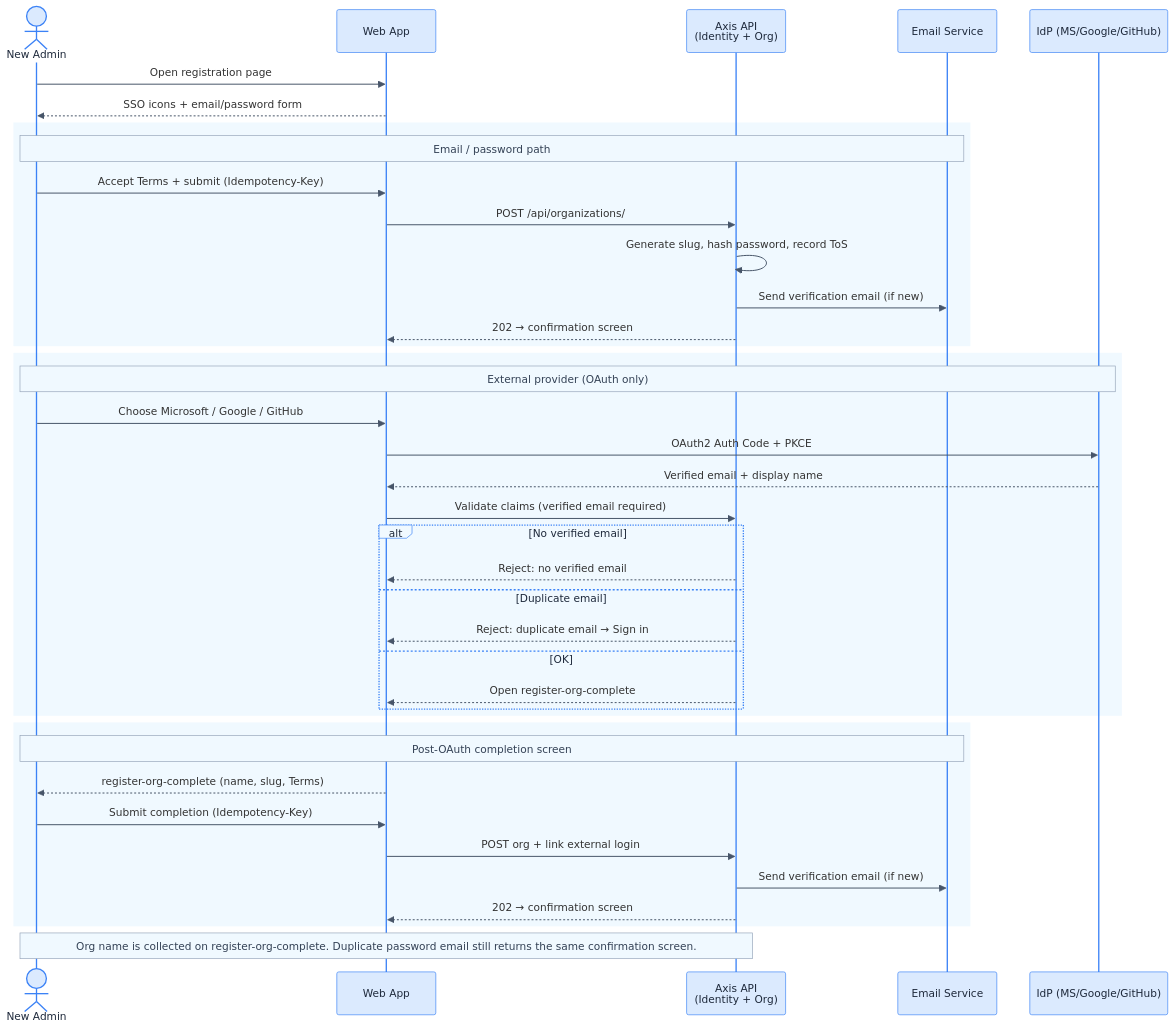
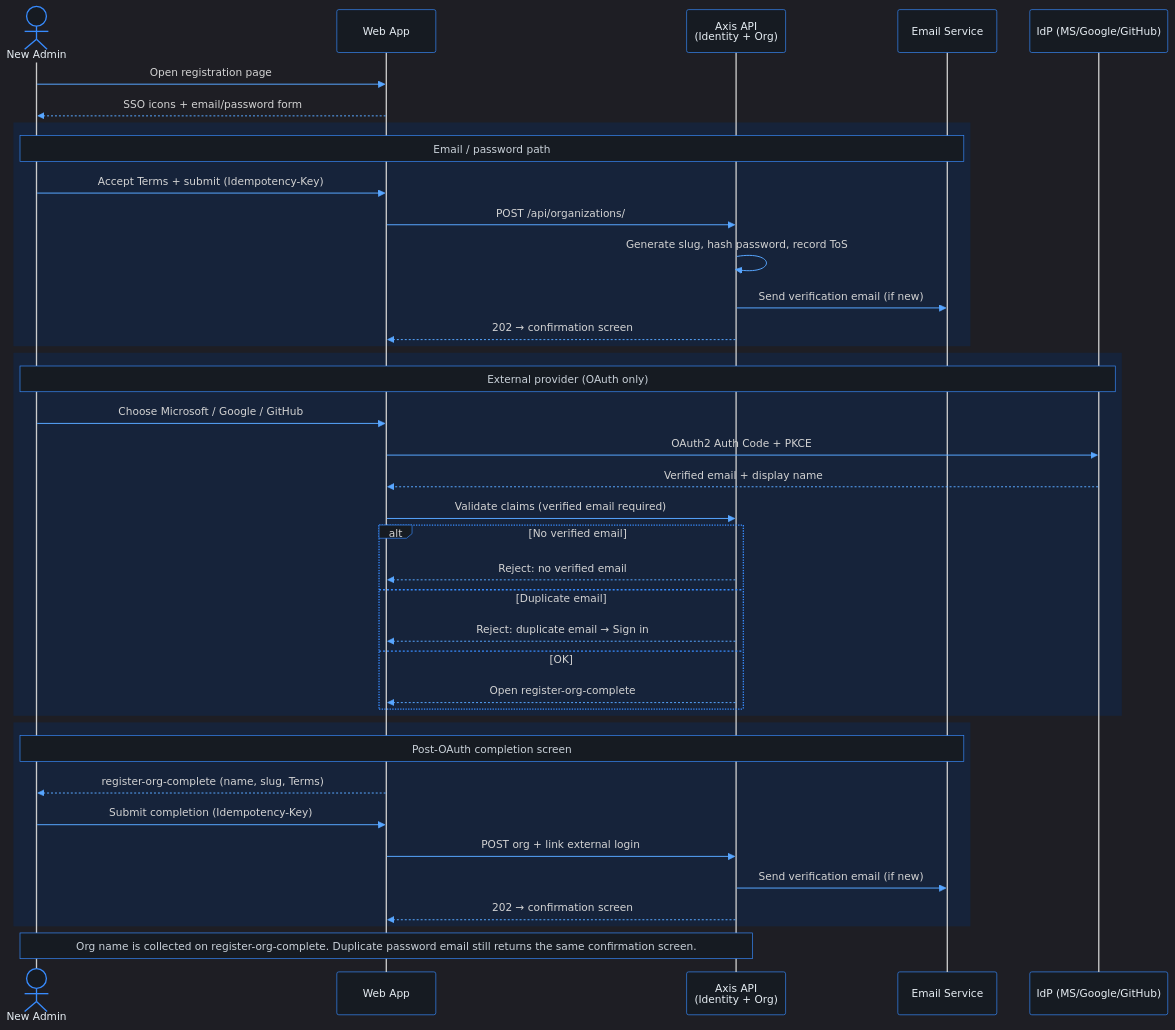
One commit to phuongnse/axis changed the second of 3 diagrams in docs/use-cases/platform-foundation/register-org/README.md. Above: the diagram before and after it, drawn with Mermaid. The commit also changed other lines of this file and 14 other files, not shown here.

Commit message:
docs: standardize Mermaid dark theme across all diagrams

````diff
--- a/docs/use-cases/platform-foundation/register-org/README.md
+++ b/docs/use-cases/platform-foundation/register-org/README.md
@@ -162,47 +163,48 @@
 ```mermaid
-%%{init: {'theme':'base','themeVariables':{'background':'#f8fafc','mainBkg':'#f8fafc','actorBkg':'#dbeafe','actorBorder':'#3b82f6','actorTextColor':'#1e293b','signalColor':'#475569','labelBoxBkgColor':'#f0f9ff','labelBoxBorderColor':'#3b82f6','noteBkgColor':'#f0f9ff','noteBorderColor':'#94a3b8','noteTextColor':'#334155','activationBkgColor':'#e2e8f0','secondaryColor':'#f0f9ff','lineColor':'#475569'}}}%%
+%%{init: {'theme':'dark','themeVariables':{'background':'#0d1117','mainBkg':'#0d1117','primaryColor':'#161b22','primaryBorderColor':'#388bfd','primaryTextColor':'#e6edf3','secondaryColor':'#21262d','secondaryBorderColor':'#388bfd','secondaryTextColor':'#e6edf3','tertiaryColor':'#161b22','tertiaryTextColor':'#e6edf3','lineColor':'#58a6ff','textColor':'#e6edf3','nodeBorder':'#388bfd','clusterBkg':'#161b22','clusterBorder':'#388bfd','titleColor':'#e6edf3','edgeLabelBackground':'#161b22','actorBkg':'#161b22','actorBorder':'#388bfd','actorTextColor':'#e6edf3','signalColor':'#58a6ff','labelBoxBkgColor':'#161b22','labelBoxBorderColor':'#388bfd','noteBkgColor':'#161b22','noteBorderColor':'#388bfd','noteTextColor':'#c9d1d9','activationBkgColor':'#30363d'}}}%%
+
 sequenceDiagram
   actor Admin as New Admin
   participant Web as Web App
   participant API as Axis API<br/>(Identity + Org)
   participant Email as Email Service
   participant IdP as IdP (MS/Google/GitHub)
 
   Admin->>Web: Open registration page
   Web-->>Admin: SSO icons + email/password form
 
-  rect rgb(240, 249, 255)
+  rect rgb(22, 35, 58)
     Note over Admin,Email: Email / password path
     Admin->>Web: Accept Terms + submit (Idempotency-Key)
     Web->>API: POST /api/organizations/
     API->>API: Generate slug, hash password, record ToS
     API->>Email: Send verification email (if new)
     API-->>Web: 202 → confirmation screen
   end
 
-  rect rgb(240, 249, 255)
+  rect rgb(22, 35, 58)
     Note over Admin,IdP: External provider (OAuth only)
     Admin->>Web: Choose Microsoft / Google / GitHub
     Web->>IdP: OAuth2 Auth Code + PKCE
     IdP-->>Web: Verified email + display name
     Web->>API: Validate claims (verified email required)
     alt No verified email
       API-->>Web: Reject: no verified email
     else Duplicate email
       API-->>Web: Reject: duplicate email → Sign in
     else OK
       API-->>Web: Open register-org-complete
     end
   end
 
-  rect rgb(240, 249, 255)
+  rect rgb(22, 35, 58)
     Note over Admin,Email: Post-OAuth completion screen
     Web-->>Admin: register-org-complete (name, slug, Terms)
     Admin->>Web: Submit completion (Idempotency-Key)
     Web->>API: POST org + link external login
     API->>Email: Send verification email (if new)
     API-->>Web: 202 → confirmation screen
   end
 
   Note over Admin,API: Org name is collected on register-org-complete. Duplicate password email still returns the same confirmation screen.
 ```
````
